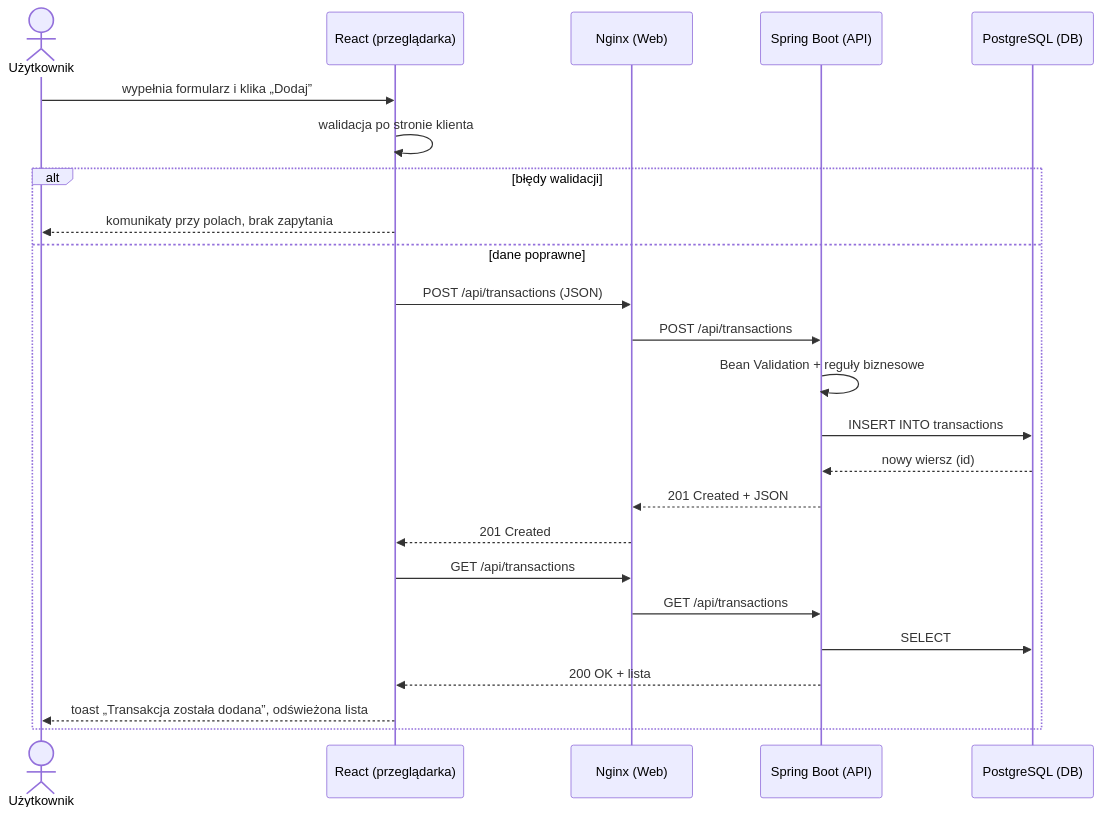
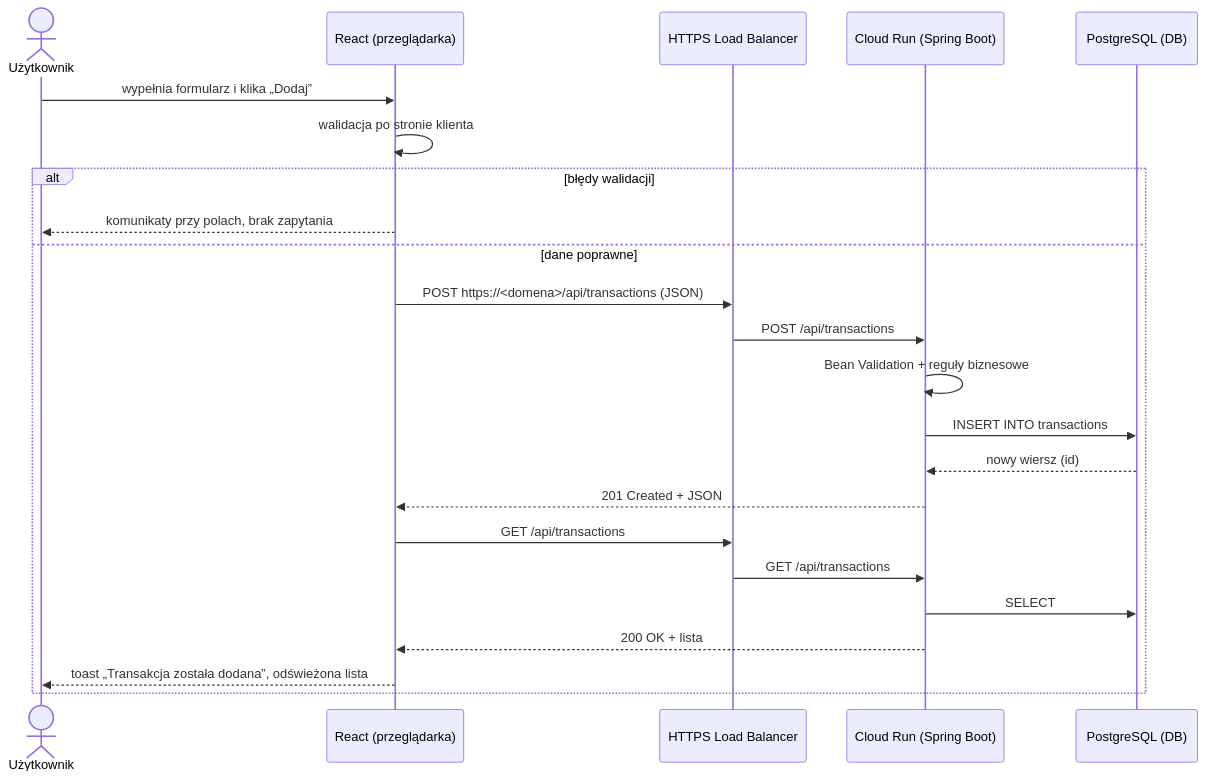
The second of 2 diagrams in README.md (kaminskimarcin/budget-application), drawn with Mermaid before and after one commit. The commit also changed other lines of this file and 5 other files, not shown here.

Commit message:
security: HTTPS load balancer, HTTP redirect, Cloud Run ingress, firewall rules table

````diff
--- a/README.md
+++ b/README.md
@@ -72,27 +69,26 @@
 ```mermaid
 sequenceDiagram
     actor U as Użytkownik
     participant UI as React (przeglądarka)
-    participant NG as Nginx (Web)
-    participant API as Spring Boot (API)
+    participant LB as HTTPS Load Balancer
+    participant API as Cloud Run (Spring Boot)
     participant DB as PostgreSQL (DB)
 
     U->>UI: wypełnia formularz i klika „Dodaj”
     UI->>UI: walidacja po stronie klienta
     alt błędy walidacji
         UI-->>U: komunikaty przy polach, brak zapytania
     else dane poprawne
-        UI->>NG: POST /api/transactions (JSON)
-        NG->>API: POST /api/transactions
+        UI->>LB: POST https://<domena>/api/transactions (JSON)
+        LB->>API: POST /api/transactions
         API->>API: Bean Validation + reguły biznesowe
         API->>DB: INSERT INTO transactions
         DB-->>API: nowy wiersz (id)
-        API-->>NG: 201 Created + JSON
-        NG-->>UI: 201 Created
-        UI->>NG: GET /api/transactions
-        NG->>API: GET /api/transactions
+        API-->>UI: 201 Created + JSON
+        UI->>LB: GET /api/transactions
+        LB->>API: GET /api/transactions
         API->>DB: SELECT
         API-->>UI: 200 OK + lista
         UI-->>U: toast „Transakcja została dodana”, odświeżona lista
     end
 ```
````
